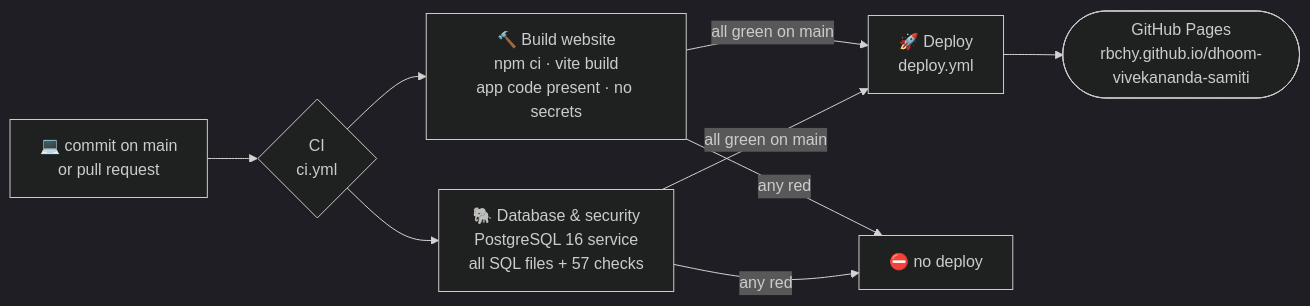
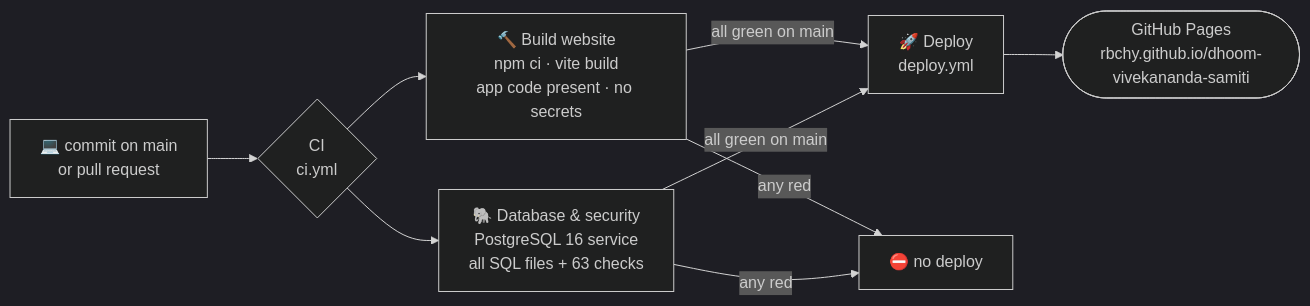
One commit to rbchy/dhoom-vivekananda-samiti changed the fifth of 6 diagrams in README.md. Above: the diagram before and after it, drawn with Mermaid (dark theme). The commit also changed other lines of this file and 12 other files, not shown here.

````diff
--- a/README.md
+++ b/README.md
@@ -286,9 +286,9 @@
 ```mermaid
 flowchart LR
   DEV["💻 commit on main<br/>or pull request"] --> CI{"CI<br/>ci.yml"}
   CI --> J1["🔨 Build website<br/>npm ci · vite build<br/>app code present · no secrets"]
-  CI --> J2["🐘 Database & security<br/>PostgreSQL 16 service<br/>all SQL files + 57 checks"]
+  CI --> J2["🐘 Database & security<br/>PostgreSQL 16 service<br/>all SQL files + 63 checks"]
   J1 & J2 -->|all green on main| CD["🚀 Deploy<br/>deploy.yml"]
   CD --> PAGES(["GitHub Pages<br/>rbchy.github.io/dhoom-vivekananda-samiti"])
   J1 & J2 -->|any red| STOP["⛔ no deploy"]
 ```
````
